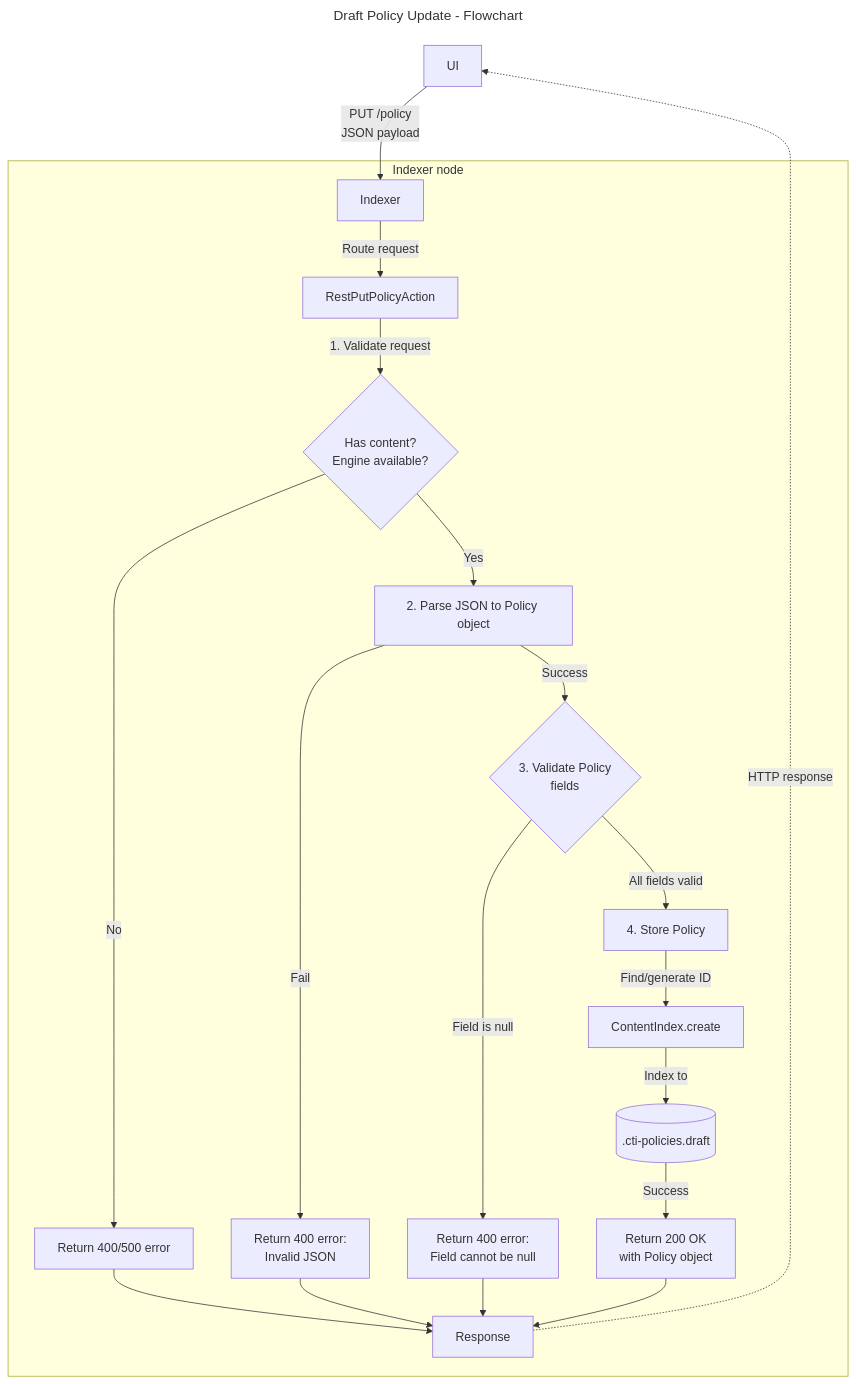
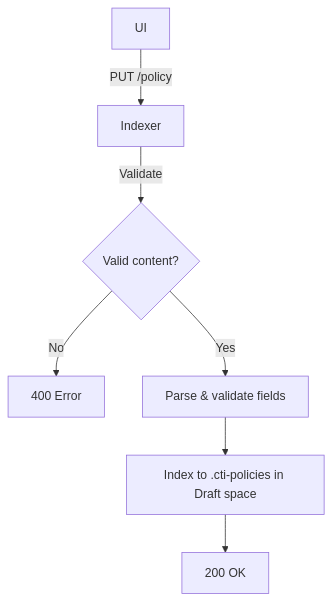
Before and after one commit to wazuh/wazuh-indexer-plugins: the sixth of 6 diagrams in docs/dev/plugins/content-manager.md, drawn with Mermaid. The commit also changed other lines of this file and 15 other files, not shown here.

````diff
--- a/docs/dev/plugins/content-manager.md
+++ b/docs/dev/plugins/content-manager.md
@@ -424,32 +477,9 @@
 ```mermaid
----
-title: Draft Policy Update - Flowchart
----
 flowchart TD
-    UI[UI] -->|PUT /policy<br/>JSON payload| Indexer
-
-    subgraph indexer_node [Indexer node]
-        Indexer -->|Route request| RestPutPolicyAction
-
-        RestPutPolicyAction -->|1. Validate request| V1{Has content?<br/>Engine available?}
-        V1 -->|No| Error1[Return 400/500 error]
-        V1 -->|Yes| Parse[2. Parse JSON to Policy object]
-
-        Parse -->|Success| V2{3. Validate Policy<br/>fields}
-        Parse -->|Fail| Error2[Return 400 error:<br/>Invalid JSON]
-
-        V2 -->|Field is null| Error3[Return 400 error:<br/>Field cannot be null]
-        V2 -->|All fields valid| Store[4. Store Policy]
-
-        Store -->|Find/generate ID| ContentIndex[ContentIndex.create]
-        ContentIndex -->|Index to| DraftIndex[(.cti-policies.draft)]
-        DraftIndex -->|Success| Success[Return 200 OK<br/>with Policy object]
-
-        Error1 --> Response
-        Error2 --> Response
-        Error3 --> Response
-        Success --> Response
-    end
-
-    Response[Response] -.->|HTTP response| UI
+    UI[UI] -->|PUT /policy| Indexer
+    Indexer -->|Validate| Check{Valid content?}
+    Check -->|No| Error[400 Error]
+    Check -->|Yes| Parse[Parse & validate fields]
+    Parse --> Store[Index to .cti-policies in Draft space]
+    Store --> OK[200 OK]
 ```
````
